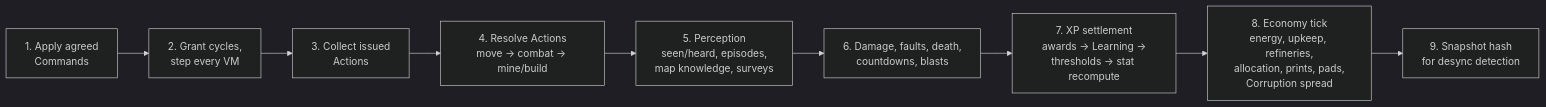
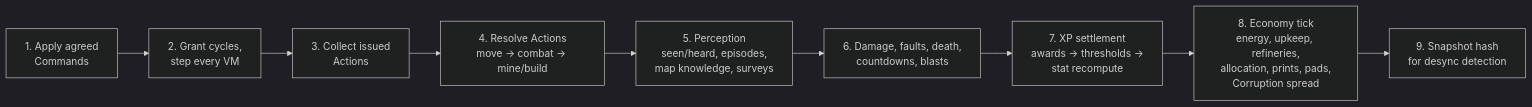
One commit to mmmtastymmm/programming-game-planned changed the second of 2 diagrams in docs/07-architecture.md. Above: the diagram before and after it, drawn with Mermaid (dark theme). The commit also changed other lines of this file and 6 other files, not shown here.

````diff
--- a/docs/07-architecture.md
+++ b/docs/07-architecture.md
@@ -40,11 +40,11 @@
 ```mermaid
 flowchart LR
     A[1. Apply agreed<br/>Commands] --> B[2. Grant cycles,<br/>step every VM]
     B --> C[3. Collect issued<br/>Actions]
     C --> D[4. Resolve Actions<br/>move → combat → mine/build]
     D --> P[5. Perception<br/>seen/heard, episodes,<br/>map knowledge, surveys]
     P --> E[6. Damage, faults, death,<br/>countdowns, blasts]
-    E --> X[7. XP settlement<br/>awards → Learning →<br/>thresholds → stat recompute]
+    E --> X[7. XP settlement<br/>awards → thresholds →<br/>stat recompute]
     X --> F[8. Economy tick<br/>energy, upkeep, refineries,<br/>allocation, prints, pads,<br/>Corruption spread]
     F --> G[9. Snapshot hash<br/>for desync detection]
 ```
````
